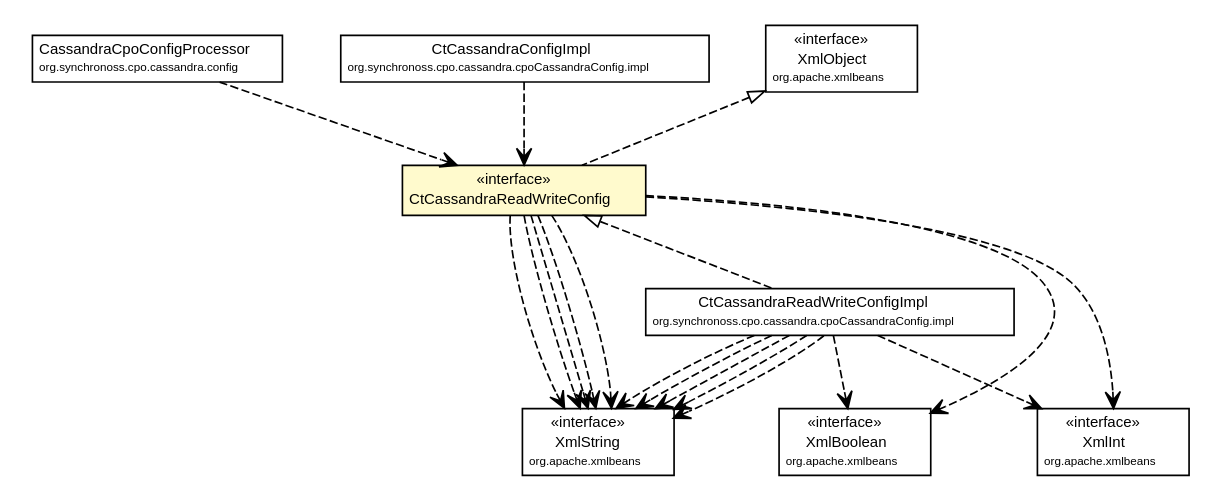
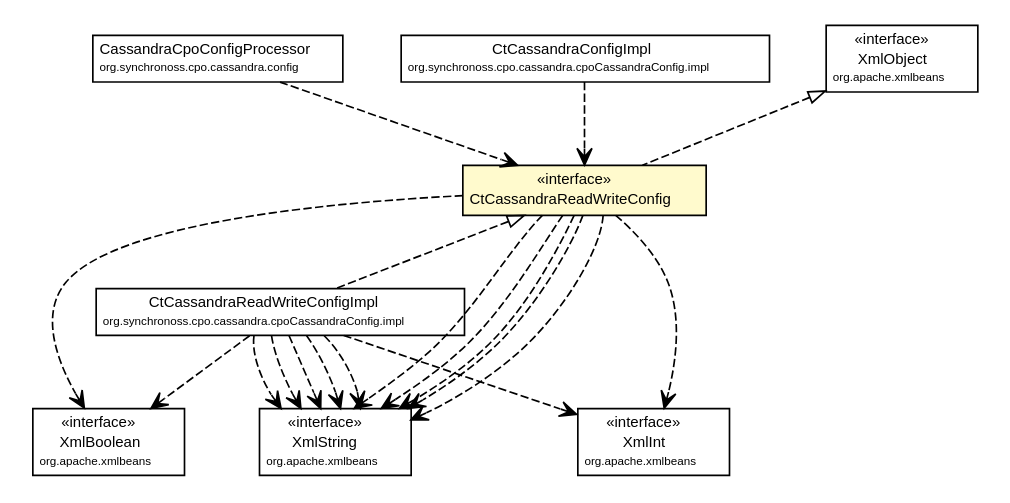
The diagram in site/apidocs/org/synchronoss/cpo/cassandra/cpoCassandraConfig/CtCassandraReadWriteConfig.dot (synchronoss/cpo-api), drawn with Graphviz before and after one commit. The commit also changed 800 other files, not shown here.

```diff
--- a/site/apidocs/org/synchronoss/cpo/cassandra/cpoCassandraConfig/CtCassandraReadWriteConfig.dot
+++ b/site/apidocs/org/synchronoss/cpo/cassandra/cpoCassandraConfig/CtCassandraReadWriteConfig.dot
@@ -1,106 +1,106 @@
 #!/usr/local/bin/dot
 #
 # Class diagram 
 # Generated by UmlGraph version 4.6 (http://www.spinellis.gr/sw/umlgraph)
 #
 
 digraph G {
 	edge [fontname="Helvetica",fontsize=10,labelfontname="Helvetica",labelfontsize=10];
 	node [fontname="Helvetica",fontsize=10,shape=plaintext];
 	// org.synchronoss.cpo.cassandra.config.CassandraCpoConfigProcessor
 	c51211 [label=<<table border="0" cellborder="1" cellspacing="0" cellpadding="2" port="p" href="../config/CassandraCpoConfigProcessor.html">
 		<tr><td><table border="0" cellspacing="0" cellpadding="1">
 			<tr><td> CassandraCpoConfigProcessor </td></tr>
 			<tr><td><font point-size="7.0"> org.synchronoss.cpo.cassandra.config </font></td></tr>
 		</table></td></tr>
 		</table>>, fontname="Helvetica", fontcolor="black", fontsize=9.0];
 	// org.synchronoss.cpo.cassandra.cpoCassandraConfig.CtCassandraReadWriteConfig
 	c51230 [label=<<table border="0" cellborder="1" cellspacing="0" cellpadding="2" port="p" bgcolor="lemonChiffon" href="./CtCassandraReadWriteConfig.html">
 		<tr><td><table border="0" cellspacing="0" cellpadding="1">
 			<tr><td> &laquo;interface&raquo; </td></tr>
 			<tr><td> CtCassandraReadWriteConfig </td></tr>
 		</table></td></tr>
 		</table>>, fontname="Helvetica", fontcolor="black", fontsize=9.0];
 	// org.synchronoss.cpo.cassandra.cpoCassandraConfig.impl.CtCassandraReadWriteConfigImpl
 	c51237 [label=<<table border="0" cellborder="1" cellspacing="0" cellpadding="2" port="p" href="./impl/CtCassandraReadWriteConfigImpl.html">
 		<tr><td><table border="0" cellspacing="0" cellpadding="1">
 			<tr><td> CtCassandraReadWriteConfigImpl </td></tr>
 			<tr><td><font point-size="7.0"> org.synchronoss.cpo.cassandra.cpoCassandraConfig.impl </font></td></tr>
 		</table></td></tr>
 		</table>>, fontname="Helvetica", fontcolor="black", fontsize=9.0];
 	// org.synchronoss.cpo.cassandra.cpoCassandraConfig.impl.CtCassandraConfigImpl
 	c51238 [label=<<table border="0" cellborder="1" cellspacing="0" cellpadding="2" port="p" href="./impl/CtCassandraConfigImpl.html">
 		<tr><td><table border="0" cellspacing="0" cellpadding="1">
 			<tr><td> CtCassandraConfigImpl </td></tr>
 			<tr><td><font point-size="7.0"> org.synchronoss.cpo.cassandra.cpoCassandraConfig.impl </font></td></tr>
 		</table></td></tr>
 		</table>>, fontname="Helvetica", fontcolor="black", fontsize=9.0];
 	//org.synchronoss.cpo.cassandra.cpoCassandraConfig.CtCassandraReadWriteConfig implements org.apache.xmlbeans.XmlObject
 	c51244:p -> c51230:p [dir=back,arrowtail=empty,style=dashed];
 	//org.synchronoss.cpo.cassandra.cpoCassandraConfig.impl.CtCassandraReadWriteConfigImpl implements org.synchronoss.cpo.cassandra.cpoCassandraConfig.CtCassandraReadWriteConfig
 	c51230:p -> c51237:p [dir=back,arrowtail=empty,style=dashed];
 	// org.synchronoss.cpo.cassandra.config.CassandraCpoConfigProcessor DEPEND org.synchronoss.cpo.cassandra.cpoCassandraConfig.CtCassandraReadWriteConfig
 	c51211:p -> c51230:p [taillabel="", label="", headlabel="", fontname="Helvetica", fontcolor="black", fontsize=10.0, color="black", arrowhead=open, style=dashed];
-	// org.synchronoss.cpo.cassandra.cpoCassandraConfig.CtCassandraReadWriteConfig DEPEND org.apache.xmlbeans.XmlString
+	// org.synchronoss.cpo.cassandra.cpoCassandraConfig.CtCassandraReadWriteConfig DEPEND org.apache.xmlbeans.XmlBoolean
 	c51230:p -> c51245:p [taillabel="", label="", headlabel="", fontname="Helvetica", fontcolor="black", fontsize=10.0, color="black", arrowhead=open, style=dashed];
 	// org.synchronoss.cpo.cassandra.cpoCassandraConfig.CtCassandraReadWriteConfig DEPEND org.apache.xmlbeans.XmlString
-	c51230:p -> c51245:p [taillabel="", label="", headlabel="", fontname="Helvetica", fontcolor="black", fontsize=10.0, color="black", arrowhead=open, style=dashed];
-	// org.synchronoss.cpo.cassandra.cpoCassandraConfig.CtCassandraReadWriteConfig DEPEND org.apache.xmlbeans.XmlBoolean
 	c51230:p -> c51246:p [taillabel="", label="", headlabel="", fontname="Helvetica", fontcolor="black", fontsize=10.0, color="black", arrowhead=open, style=dashed];
 	// org.synchronoss.cpo.cassandra.cpoCassandraConfig.CtCassandraReadWriteConfig DEPEND org.apache.xmlbeans.XmlString
-	c51230:p -> c51245:p [taillabel="", label="", headlabel="", fontname="Helvetica", fontcolor="black", fontsize=10.0, color="black", arrowhead=open, style=dashed];
+	c51230:p -> c51246:p [taillabel="", label="", headlabel="", fontname="Helvetica", fontcolor="black", fontsize=10.0, color="black", arrowhead=open, style=dashed];
 	// org.synchronoss.cpo.cassandra.cpoCassandraConfig.CtCassandraReadWriteConfig DEPEND org.apache.xmlbeans.XmlString
-	c51230:p -> c51245:p [taillabel="", label="", headlabel="", fontname="Helvetica", fontcolor="black", fontsize=10.0, color="black", arrowhead=open, style=dashed];
+	c51230:p -> c51246:p [taillabel="", label="", headlabel="", fontname="Helvetica", fontcolor="black", fontsize=10.0, color="black", arrowhead=open, style=dashed];
 	// org.synchronoss.cpo.cassandra.cpoCassandraConfig.CtCassandraReadWriteConfig DEPEND org.apache.xmlbeans.XmlInt
 	c51230:p -> c51247:p [taillabel="", label="", headlabel="", fontname="Helvetica", fontcolor="black", fontsize=10.0, color="black", arrowhead=open, style=dashed];
 	// org.synchronoss.cpo.cassandra.cpoCassandraConfig.CtCassandraReadWriteConfig DEPEND org.apache.xmlbeans.XmlString
-	c51230:p -> c51245:p [taillabel="", label="", headlabel="", fontname="Helvetica", fontcolor="black", fontsize=10.0, color="black", arrowhead=open, style=dashed];
-	// org.synchronoss.cpo.cassandra.cpoCassandraConfig.impl.CtCassandraReadWriteConfigImpl DEPEND org.apache.xmlbeans.XmlString
+	c51230:p -> c51246:p [taillabel="", label="", headlabel="", fontname="Helvetica", fontcolor="black", fontsize=10.0, color="black", arrowhead=open, style=dashed];
+	// org.synchronoss.cpo.cassandra.cpoCassandraConfig.CtCassandraReadWriteConfig DEPEND org.apache.xmlbeans.XmlString
+	c51230:p -> c51246:p [taillabel="", label="", headlabel="", fontname="Helvetica", fontcolor="black", fontsize=10.0, color="black", arrowhead=open, style=dashed];
+	// org.synchronoss.cpo.cassandra.cpoCassandraConfig.impl.CtCassandraReadWriteConfigImpl DEPEND org.apache.xmlbeans.XmlBoolean
 	c51237:p -> c51245:p [taillabel="", label="", headlabel="", fontname="Helvetica", fontcolor="black", fontsize=10.0, color="black", arrowhead=open, style=dashed];
 	// org.synchronoss.cpo.cassandra.cpoCassandraConfig.impl.CtCassandraReadWriteConfigImpl DEPEND org.apache.xmlbeans.XmlString
-	c51237:p -> c51245:p [taillabel="", label="", headlabel="", fontname="Helvetica", fontcolor="black", fontsize=10.0, color="black", arrowhead=open, style=dashed];
-	// org.synchronoss.cpo.cassandra.cpoCassandraConfig.impl.CtCassandraReadWriteConfigImpl DEPEND org.apache.xmlbeans.XmlBoolean
 	c51237:p -> c51246:p [taillabel="", label="", headlabel="", fontname="Helvetica", fontcolor="black", fontsize=10.0, color="black", arrowhead=open, style=dashed];
-	// org.synchronoss.cpo.cassandra.cpoCassandraConfig.impl.CtCassandraReadWriteConfigImpl DEPEND org.apache.xmlbeans.XmlString
-	c51237:p -> c51245:p [taillabel="", label="", headlabel="", fontname="Helvetica", fontcolor="black", fontsize=10.0, color="black", arrowhead=open, style=dashed];
-	// org.synchronoss.cpo.cassandra.cpoCassandraConfig.impl.CtCassandraReadWriteConfigImpl DEPEND org.apache.xmlbeans.XmlString
-	c51237:p -> c51245:p [taillabel="", label="", headlabel="", fontname="Helvetica", fontcolor="black", fontsize=10.0, color="black", arrowhead=open, style=dashed];
 	// org.synchronoss.cpo.cassandra.cpoCassandraConfig.impl.CtCassandraReadWriteConfigImpl DEPEND org.apache.xmlbeans.XmlInt
 	c51237:p -> c51247:p [taillabel="", label="", headlabel="", fontname="Helvetica", fontcolor="black", fontsize=10.0, color="black", arrowhead=open, style=dashed];
 	// org.synchronoss.cpo.cassandra.cpoCassandraConfig.impl.CtCassandraReadWriteConfigImpl DEPEND org.apache.xmlbeans.XmlString
-	c51237:p -> c51245:p [taillabel="", label="", headlabel="", fontname="Helvetica", fontcolor="black", fontsize=10.0, color="black", arrowhead=open, style=dashed];
+	c51237:p -> c51246:p [taillabel="", label="", headlabel="", fontname="Helvetica", fontcolor="black", fontsize=10.0, color="black", arrowhead=open, style=dashed];
+	// org.synchronoss.cpo.cassandra.cpoCassandraConfig.impl.CtCassandraReadWriteConfigImpl DEPEND org.apache.xmlbeans.XmlString
+	c51237:p -> c51246:p [taillabel="", label="", headlabel="", fontname="Helvetica", fontcolor="black", fontsize=10.0, color="black", arrowhead=open, style=dashed];
+	// org.synchronoss.cpo.cassandra.cpoCassandraConfig.impl.CtCassandraReadWriteConfigImpl DEPEND org.apache.xmlbeans.XmlString
+	c51237:p -> c51246:p [taillabel="", label="", headlabel="", fontname="Helvetica", fontcolor="black", fontsize=10.0, color="black", arrowhead=open, style=dashed];
+	// org.synchronoss.cpo.cassandra.cpoCassandraConfig.impl.CtCassandraReadWriteConfigImpl DEPEND org.apache.xmlbeans.XmlString
+	c51237:p -> c51246:p [taillabel="", label="", headlabel="", fontname="Helvetica", fontcolor="black", fontsize=10.0, color="black", arrowhead=open, style=dashed];
 	// org.synchronoss.cpo.cassandra.cpoCassandraConfig.impl.CtCassandraConfigImpl DEPEND org.synchronoss.cpo.cassandra.cpoCassandraConfig.CtCassandraReadWriteConfig
 	c51238:p -> c51230:p [taillabel="", label="", headlabel="", fontname="Helvetica", fontcolor="black", fontsize=10.0, color="black", arrowhead=open, style=dashed];
 	// org.apache.xmlbeans.XmlObject
 	c51244 [label=<<table border="0" cellborder="1" cellspacing="0" cellpadding="2" port="p" href="http://java.sun.com/j2se/1.4.2/docs/api/org/apache/xmlbeans/XmlObject.html">
 		<tr><td><table border="0" cellspacing="0" cellpadding="1">
 			<tr><td> &laquo;interface&raquo; </td></tr>
 			<tr><td> XmlObject </td></tr>
 			<tr><td><font point-size="7.0"> org.apache.xmlbeans </font></td></tr>
 		</table></td></tr>
 		</table>>, fontname="Helvetica", fontcolor="black", fontsize=9.0];
 	// org.apache.xmlbeans.XmlInt
 	c51247 [label=<<table border="0" cellborder="1" cellspacing="0" cellpadding="2" port="p" href="http://java.sun.com/j2se/1.4.2/docs/api/org/apache/xmlbeans/XmlInt.html">
 		<tr><td><table border="0" cellspacing="0" cellpadding="1">
 			<tr><td> &laquo;interface&raquo; </td></tr>
 			<tr><td> XmlInt </td></tr>
 			<tr><td><font point-size="7.0"> org.apache.xmlbeans </font></td></tr>
 		</table></td></tr>
 		</table>>, fontname="Helvetica", fontcolor="black", fontsize=9.0];
 	// org.apache.xmlbeans.XmlString
-	c51245 [label=<<table border="0" cellborder="1" cellspacing="0" cellpadding="2" port="p" href="http://java.sun.com/j2se/1.4.2/docs/api/org/apache/xmlbeans/XmlString.html">
+	c51246 [label=<<table border="0" cellborder="1" cellspacing="0" cellpadding="2" port="p" href="http://java.sun.com/j2se/1.4.2/docs/api/org/apache/xmlbeans/XmlString.html">
 		<tr><td><table border="0" cellspacing="0" cellpadding="1">
 			<tr><td> &laquo;interface&raquo; </td></tr>
 			<tr><td> XmlString </td></tr>
 			<tr><td><font point-size="7.0"> org.apache.xmlbeans </font></td></tr>
 		</table></td></tr>
 		</table>>, fontname="Helvetica", fontcolor="black", fontsize=9.0];
 	// org.apache.xmlbeans.XmlBoolean
-	c51246 [label=<<table border="0" cellborder="1" cellspacing="0" cellpadding="2" port="p" href="http://java.sun.com/j2se/1.4.2/docs/api/org/apache/xmlbeans/XmlBoolean.html">
+	c51245 [label=<<table border="0" cellborder="1" cellspacing="0" cellpadding="2" port="p" href="http://java.sun.com/j2se/1.4.2/docs/api/org/apache/xmlbeans/XmlBoolean.html">
 		<tr><td><table border="0" cellspacing="0" cellpadding="1">
 			<tr><td> &laquo;interface&raquo; </td></tr>
 			<tr><td> XmlBoolean </td></tr>
 			<tr><td><font point-size="7.0"> org.apache.xmlbeans </font></td></tr>
 		</table></td></tr>
 		</table>>, fontname="Helvetica", fontcolor="black", fontsize=9.0];
 }
```
